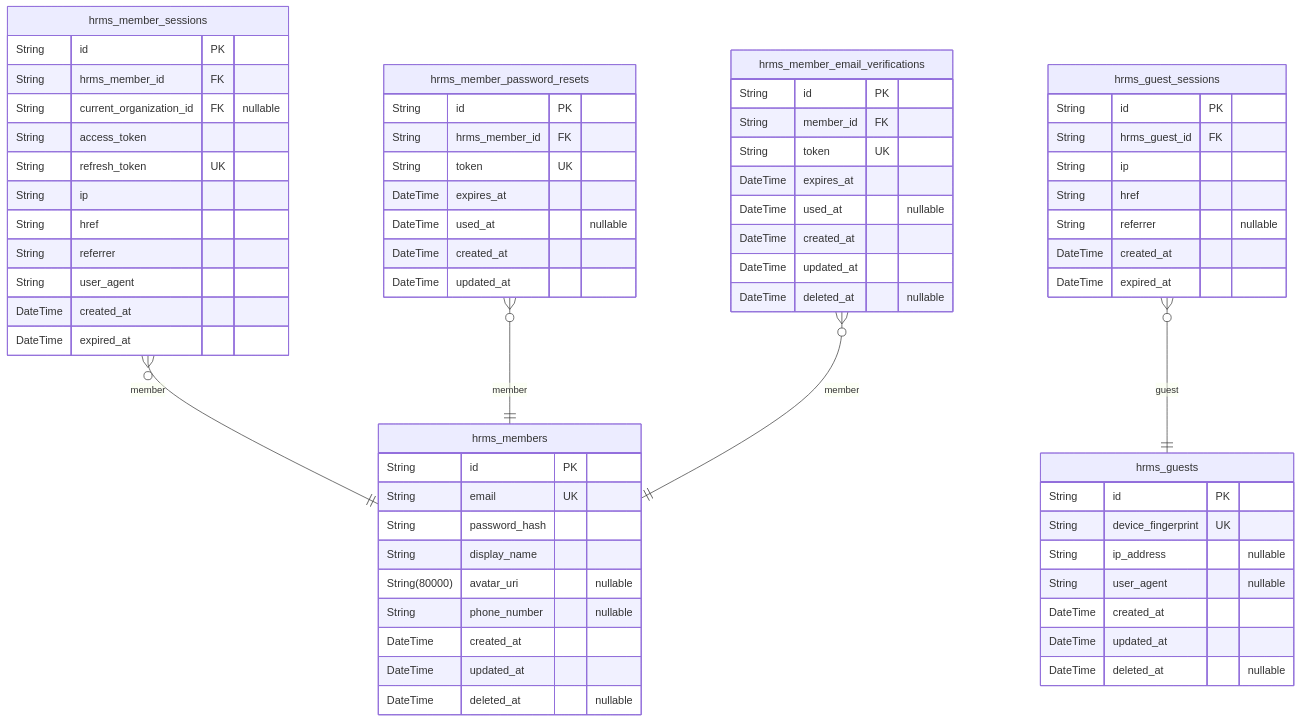
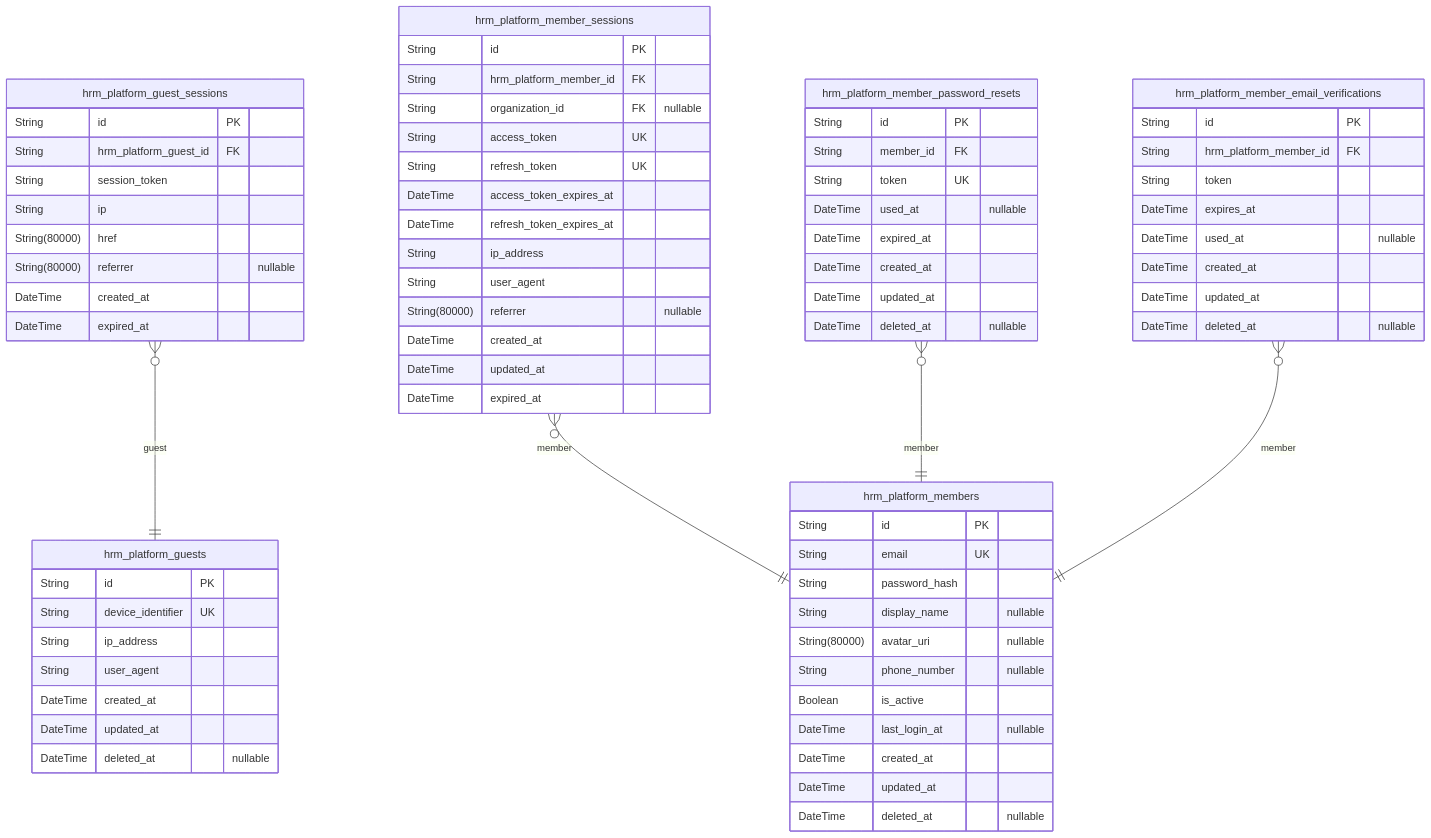
One commit to wrtnlabs/autobe-examples changed the first of 8 diagrams in qwen/qwen3.5-35b-a3b/erp/docs/ERD.md. Above: the diagram before and after it, drawn with Mermaid. The commit also changed other lines of this file and 32093 other files, not shown here.

````diff
--- a/qwen/qwen3.5-35b-a3b/erp/docs/ERD.md
+++ b/qwen/qwen3.5-35b-a3b/erp/docs/ERD.md
@@ -16,68 +16,74 @@
 ```mermaid
 erDiagram
-"hrms_members" {
+"hrm_platform_guests" {
   String id PK
-  String email UK
-  String password_hash
-  String display_name
-  String(80000) avatar_uri "nullable"
-  String phone_number "nullable"
+  String device_identifier UK
+  String ip_address
+  String user_agent
   DateTime created_at
   DateTime updated_at
   DateTime deleted_at "nullable"
 }
-"hrms_member_sessions" {
+"hrm_platform_guest_sessions" {
   String id PK
-  String hrms_member_id FK
-  String current_organization_id FK "nullable"
-  String access_token
-  String refresh_token UK
+  String hrm_platform_guest_id FK
+  String session_token
   String ip
-  String href
-  String referrer
-  String user_agent
+  String(80000) href
+  String(80000) referrer "nullable"
   DateTime created_at
   DateTime expired_at
 }
-"hrms_member_password_resets" {
+"hrm_platform_members" {
   String id PK
-  String hrms_member_id FK
-  String token UK
-  DateTime expires_at
-  DateTime used_at "nullable"
+  String email UK
+  String password_hash
+  String display_name "nullable"
+  String(80000) avatar_uri "nullable"
+  String phone_number "nullable"
+  Boolean is_active
+  DateTime last_login_at "nullable"
   DateTime created_at
   DateTime updated_at
+  DateTime deleted_at "nullable"
 }
-"hrms_member_email_verifications" {
+"hrm_platform_member_sessions" {
+  String id PK
+  String hrm_platform_member_id FK
+  String organization_id FK "nullable"
+  String access_token UK
+  String refresh_token UK
+  DateTime access_token_expires_at
+  DateTime refresh_token_expires_at
+  String ip_address
+  String user_agent
+  String(80000) referrer "nullable"
+  DateTime created_at
+  DateTime updated_at
+  DateTime expired_at
+}
+"hrm_platform_member_password_resets" {
   String id PK
   String member_id FK
   String token UK
+  DateTime used_at "nullable"
+  DateTime expired_at
+  DateTime created_at
+  DateTime updated_at
+  DateTime deleted_at "nullable"
+}
+"hrm_platform_member_email_verifications" {
+  String id PK
+  String hrm_platform_member_id FK
+  String token
   DateTime expires_at
   DateTime used_at "nullable"
   DateTime created_at
   DateTime updated_at
   DateTime deleted_at "nullable"
 }
-"hrms_guests" {
-  String id PK
-  String device_fingerprint UK
-  String ip_address "nullable"
-  String user_agent "nullable"
-  DateTime created_at
-  DateTime updated_at
-  DateTime deleted_at "nullable"
-}
-"hrms_guest_sessions" {
-  String id PK
-  String hrms_guest_id FK
-  String ip
-  String href
-  String referrer "nullable"
-  DateTime created_at
-  DateTime expired_at
-}
-"hrms_member_sessions" }o--|| "hrms_members" : member
-"hrms_member_password_resets" }o--|| "hrms_members" : member
-"hrms_member_email_verifications" }o--|| "hrms_members" : member
-"hrms_guest_sessions" }o--|| "hrms_guests" : guest
+"hrm_platform_guest_sessions" }o--|| "hrm_platform_guests" : guest
+"hrm_platform_member_sessions" }o--|| "hrm_platform_members" : member
+"hrm_platform_member_password_resets" }o--|| "hrm_platform_members" : member
+"hrm_platform_member_email_verifications" }o--|| "hrm_platform_members" : member
 ```
````
